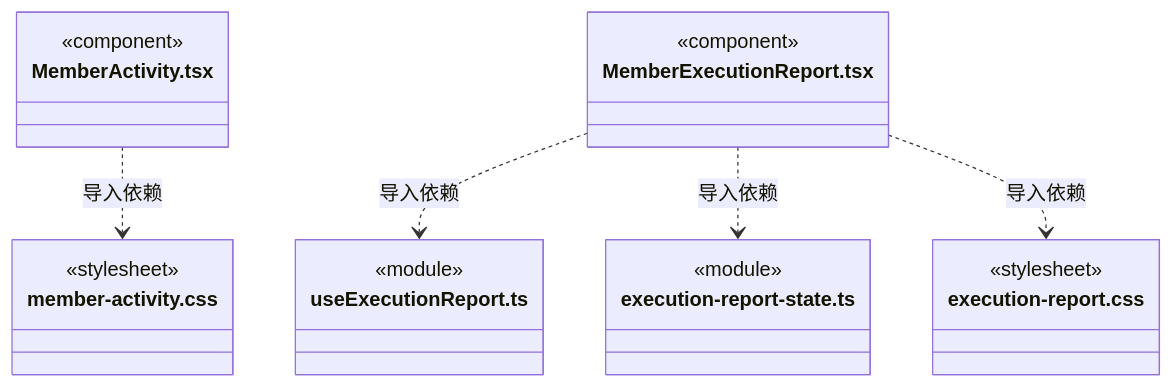
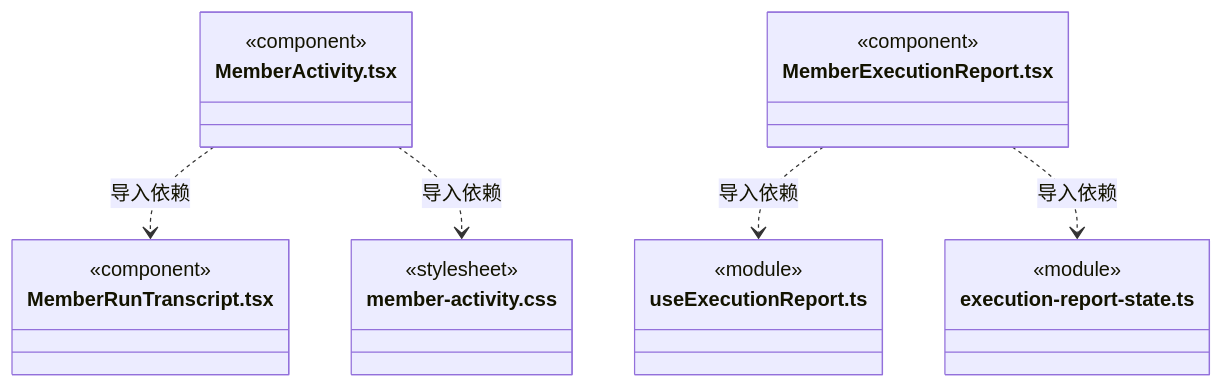
Before and after one commit to nan023062/cbim: diagram 45 of 54 in src/frontend/tasks/ARCHITECTURE.md, drawn with Mermaid. The commit also changed other lines of this file and 65 other files, not shown here.

````diff
--- a/src/frontend/tasks/ARCHITECTURE.md
+++ b/src/frontend/tasks/ARCHITECTURE.md
@@ -740,25 +929,25 @@
 ```mermaid
 classDiagram
 class N_src_frontend_tasks_MemberActivity_tsx["MemberActivity.tsx"] {
+  <<component>>
+}
+class N_src_frontend_tasks_MemberRunTranscript_tsx["MemberRunTranscript.tsx"] {
   <<component>>
 }
 class N_src_frontend_tasks_member_activity_css["member-activity.css"] {
   <<stylesheet>>
 }
 class N_src_frontend_tasks_MemberExecutionReport_tsx["MemberExecutionReport.tsx"] {
   <<component>>
 }
 class N_src_frontend_tasks_useExecutionReport_ts["useExecutionReport.ts"] {
   <<module>>
 }
 class N_src_frontend_tasks_execution_report_state_ts["execution-report-state.ts"] {
   <<module>>
 }
-class N_src_frontend_tasks_execution_report_css["execution-report.css"] {
-  <<stylesheet>>
-}
+N_src_frontend_tasks_MemberActivity_tsx ..> N_src_frontend_tasks_MemberRunTranscript_tsx : 导入依赖
 N_src_frontend_tasks_MemberActivity_tsx ..> N_src_frontend_tasks_member_activity_css : 导入依赖
 N_src_frontend_tasks_MemberExecutionReport_tsx ..> N_src_frontend_tasks_useExecutionReport_ts : 导入依赖
 N_src_frontend_tasks_MemberExecutionReport_tsx ..> N_src_frontend_tasks_execution_report_state_ts : 导入依赖
-N_src_frontend_tasks_MemberExecutionReport_tsx ..> N_src_frontend_tasks_execution_report_css : 导入依赖
 ```
````
